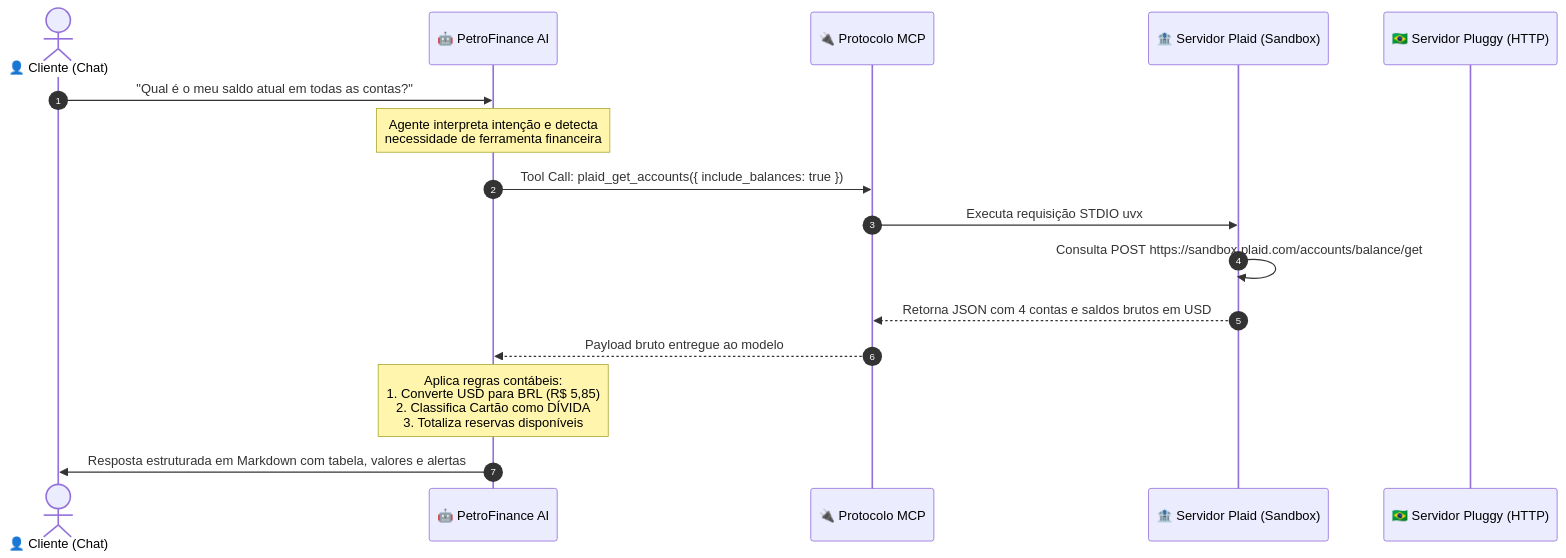
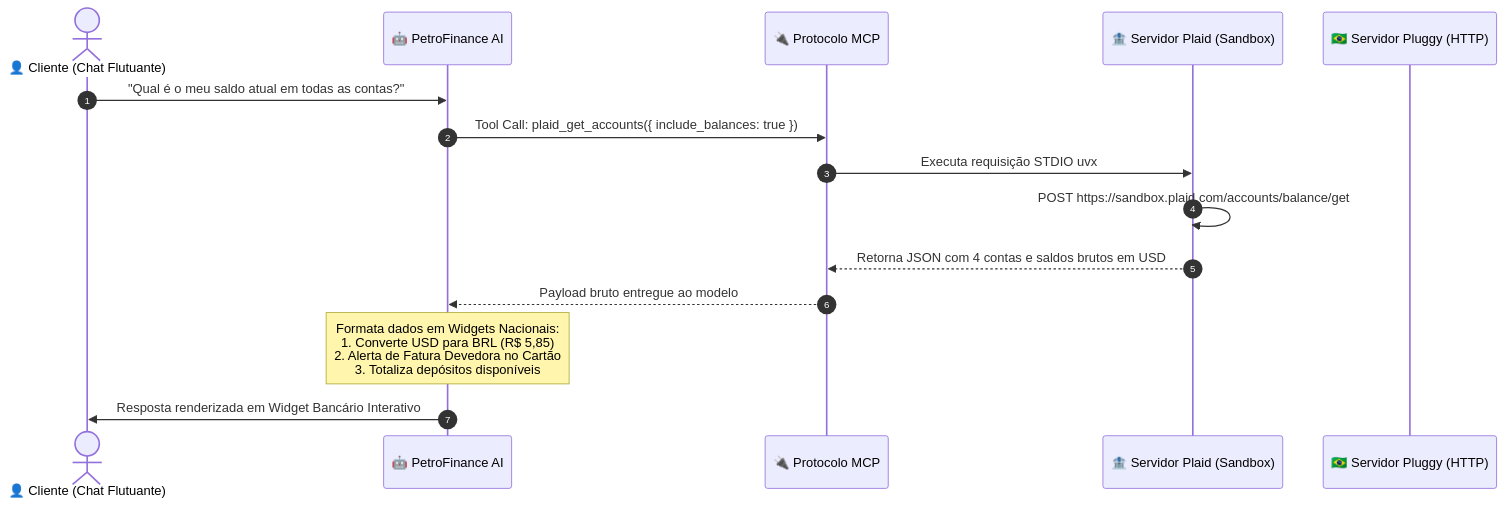
The diagram in README.md (guisantoshub/DIO-Assistente-financeiro), drawn with Mermaid before and after one commit. The commit also changed other lines of this file and 11 other files, not shown here.

````diff
--- a/README.md
+++ b/README.md
@@ -169,19 +134,18 @@
 ```mermaid
 sequenceDiagram
     autonumber
-    actor Cliente as 👤 Cliente (Chat)
+    actor Cliente as 👤 Cliente (Chat Flutuante)
     participant IA as 🤖 PetroFinance AI
     participant MCP as 🔌 Protocolo MCP
     participant Plaid as 🏦 Servidor Plaid (Sandbox)
     participant Pluggy as 🇧🇷 Servidor Pluggy (HTTP)
 
     Cliente->>IA: "Qual é o meu saldo atual em todas as contas?"
-    Note over IA: Agente interpreta intenção e detecta<br/>necessidade de ferramenta financeira
     IA->>MCP: Tool Call: plaid_get_accounts({ include_balances: true })
     MCP->>Plaid: Executa requisição STDIO uvx
-    Plaid->>Plaid: Consulta POST https://sandbox.plaid.com/accounts/balance/get
+    Plaid->>Plaid: POST https://sandbox.plaid.com/accounts/balance/get
     Plaid-->>MCP: Retorna JSON com 4 contas e saldos brutos em USD
     MCP-->>IA: Payload bruto entregue ao modelo
-    Note over IA: Aplica regras contábeis:<br/>1. Converte USD para BRL (R$ 5,85)<br/>2. Classifica Cartão como DÍVIDA<br/>3. Totaliza reservas disponíveis
-    IA->>Cliente: Resposta estruturada em Markdown com tabela, valores e alertas
+    Note over IA: Formata dados em Widgets Nacionais:<br/>1. Converte USD para BRL (R$ 5,85)<br/>2. Alerta de Fatura Devedora no Cartão<br/>3. Totaliza depósitos disponíveis
+    IA->>Cliente: Resposta renderizada em Widget Bancário Interativo
 ```
````
